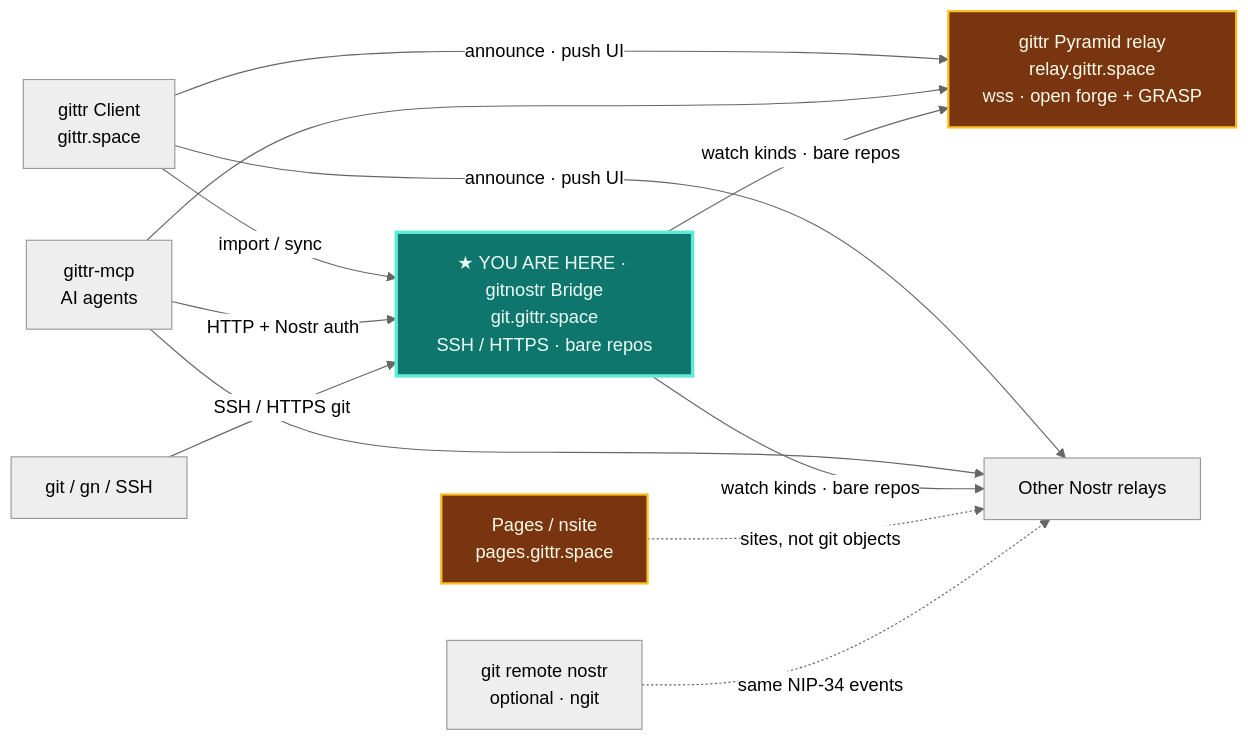
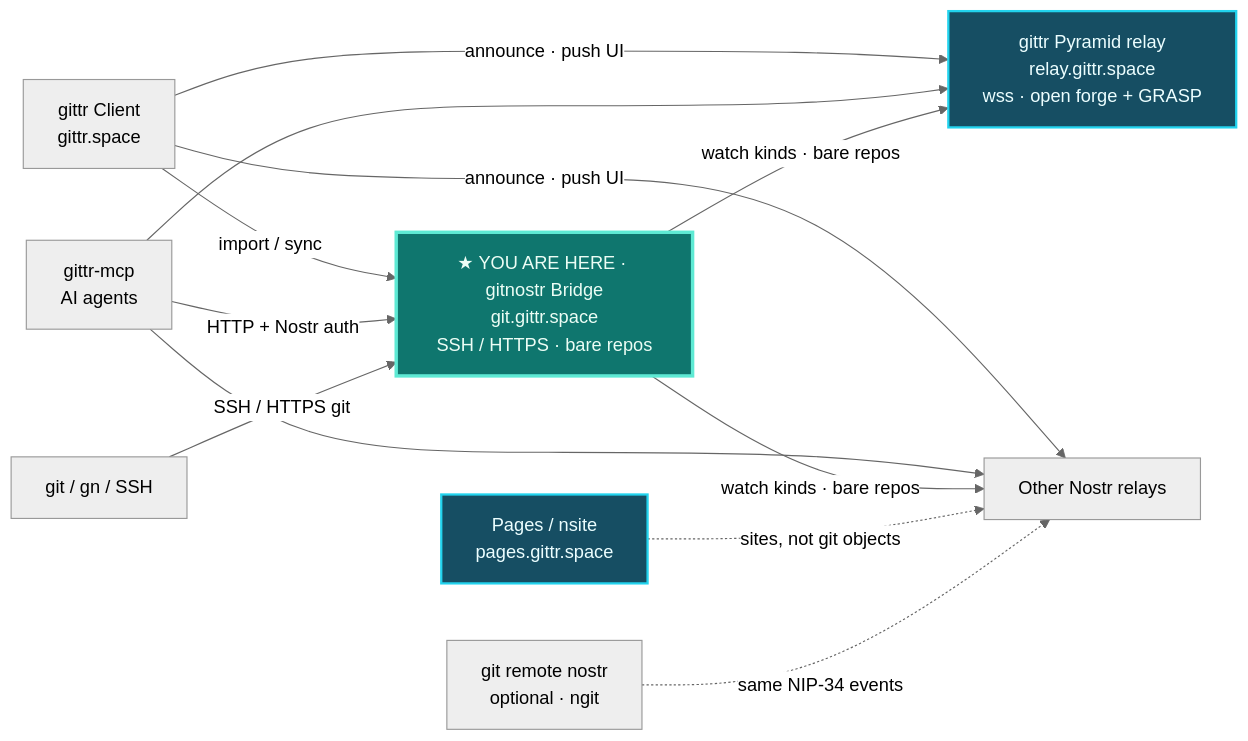
Before and after one commit to arbadacarbaYK/gittr: the diagram in ui/gitnostr/README.md, drawn with Mermaid (neutral theme). The commit also changed other lines of this file and 2 other files, not shown here.

Commit message:
fix: keep Mermaid host highlights readable in dark UI
Lock youAreHere/hostUrl fills via themeCSS + SVG post-process; stop
re-initialize races; use cyan slate hosts instead of pale/brown fills.

````diff
--- a/ui/gitnostr/README.md
+++ b/ui/gitnostr/README.md
@@ -11,28 +11,28 @@
 ```mermaid
 flowchart LR
   UI["gittr Client<br/>gittr.space"]
   MCP["gittr-mcp<br/>AI agents"]
   CLI["git / gn / SSH"]
   Bridge["★ YOU ARE HERE · gitnostr Bridge<br/>git.gittr.space<br/>SSH / HTTPS · bare repos"]
   RelayGittr["gittr Pyramid relay<br/>relay.gittr.space<br/>wss · open forge + GRASP"]
   Relays["Other Nostr relays"]
   Pages["Pages / nsite<br/>pages.gittr.space"]
   Remote["git remote nostr<br/>optional · ngit"]
 
   UI -->|announce · push UI| RelayGittr
   UI -->|announce · push UI| Relays
   UI -->|import / sync| Bridge
   MCP -->|HTTP + Nostr auth| Bridge
   MCP --> RelayGittr
   MCP --> Relays
   CLI -->|SSH / HTTPS git| Bridge
   Bridge -->|watch kinds · bare repos| RelayGittr
   Bridge -->|watch kinds · bare repos| Relays
   Pages -.->|sites, not git objects| Relays
   Remote -.->|same NIP-34 events| Relays
 
   classDef youAreHere fill:#0f766e,stroke:#5eead4,stroke-width:3px,color:#ecfdf5
-  classDef hostUrl fill:#78350f,stroke:#fbbf24,stroke-width:2px,color:#fffbeb
+  classDef hostUrl fill:#164e63,stroke:#22d3ee,stroke-width:2px,color:#ecfeff
   class Bridge youAreHere
   class Pages,RelayGittr hostUrl
 ```
````
